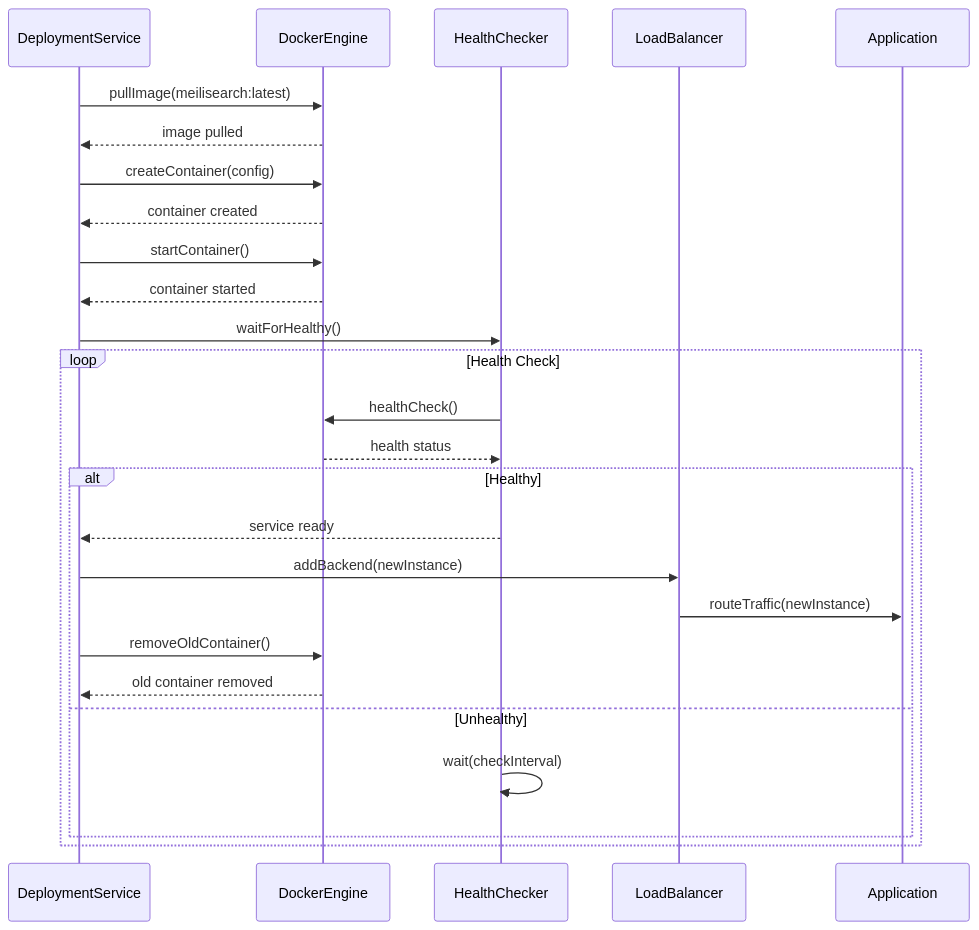
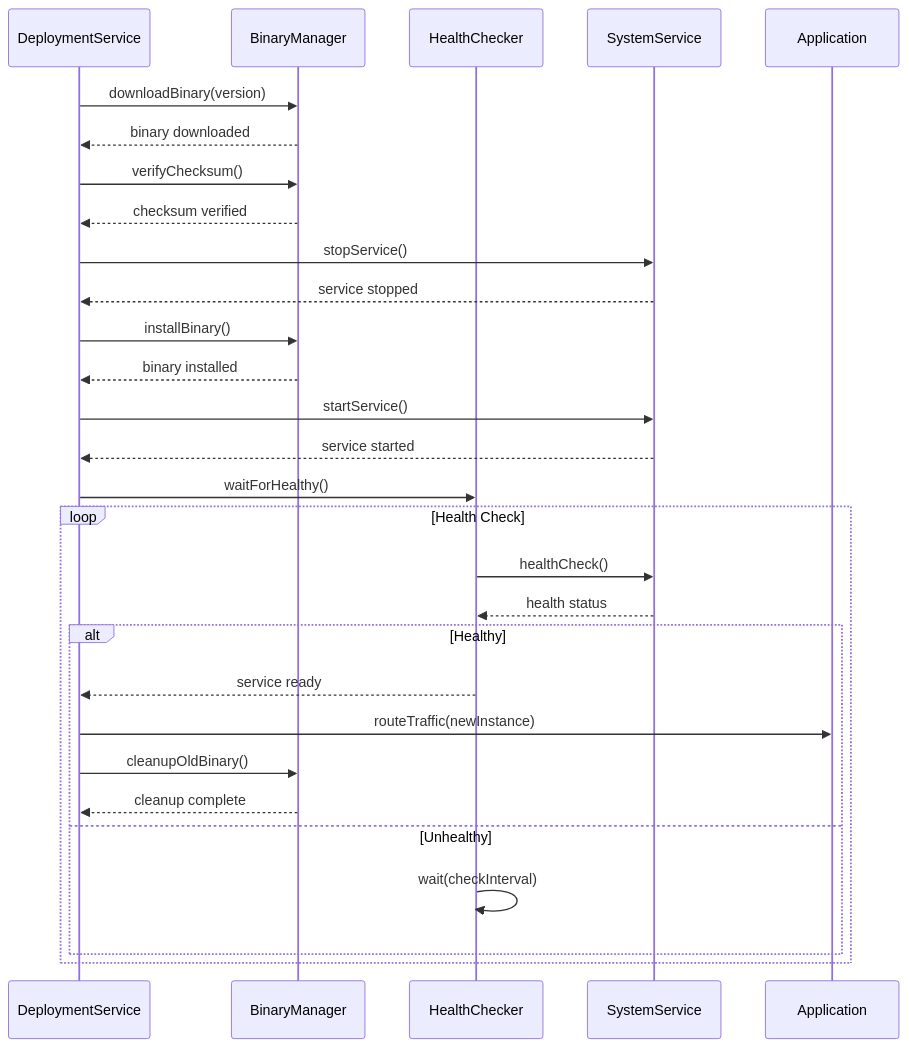
One commit to OI-OS/OI-mcpadvisor changed the eighth of 9 diagrams in docs/tech/202507/meilisearch-sequence-diagrams.md. Above: the diagram before and after it, drawn with Mermaid. The commit also changed other lines of this file and 11 other files, not shown here.

First line of the commit message:
refactor(meilisearch): Remove Docker deployment option, focus on binary installation

````diff
--- a/docs/tech/202507/meilisearch-sequence-diagrams.md
+++ b/docs/tech/202507/meilisearch-sequence-diagrams.md
@@ -306,32 +306,35 @@
 ```mermaid
 sequenceDiagram
     participant Deploy as DeploymentService
-    participant Docker as DockerEngine
+    participant Binary as BinaryManager
     participant HC as HealthChecker
-    participant LB as LoadBalancer
+    participant Service as SystemService
     participant App as Application
     
-    Deploy->>Docker: pullImage(meilisearch:latest)
-    Docker-->>Deploy: image pulled
-    Deploy->>Docker: createContainer(config)
-    Docker-->>Deploy: container created
-    Deploy->>Docker: startContainer()
-    Docker-->>Deploy: container started
+    Deploy->>Binary: downloadBinary(version)
+    Binary-->>Deploy: binary downloaded
+    Deploy->>Binary: verifyChecksum()
+    Binary-->>Deploy: checksum verified
+    Deploy->>Service: stopService()
+    Service-->>Deploy: service stopped
+    Deploy->>Binary: installBinary()
+    Binary-->>Deploy: binary installed
+    Deploy->>Service: startService()
+    Service-->>Deploy: service started
     
     Deploy->>HC: waitForHealthy()
     
     loop Health Check
-        HC->>Docker: healthCheck()
-        Docker-->>HC: health status
+        HC->>Service: healthCheck()
+        Service-->>HC: health status
         
         alt Healthy
             HC-->>Deploy: service ready
-            Deploy->>LB: addBackend(newInstance)
-            LB->>App: routeTraffic(newInstance)
-            Deploy->>Docker: removeOldContainer()
-            Docker-->>Deploy: old container removed
+            Deploy->>App: routeTraffic(newInstance)
+            Deploy->>Binary: cleanupOldBinary()
+            Binary-->>Deploy: cleanup complete
         else Unhealthy
             HC->>HC: wait(checkInterval)
         end
     end
 ```
````
